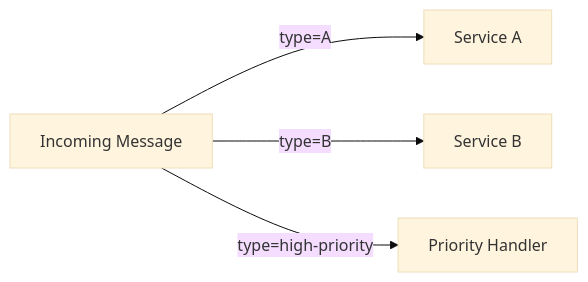
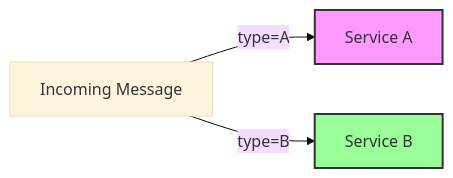
The second of 7 diagrams in modules/communication-async/slides/1 - Async communication.md (nbicocchi/learn-microservices), drawn with Mermaid (base theme) before and after one commit. The commit also changed other lines of this file and 4 other files, not shown here.

````diff
--- a/modules/communication-async/slides/1 - Async communication.md
+++ b/modules/communication-async/slides/1 - Async communication.md
@@ -209,6 +187,9 @@
 ```mermaid
 flowchart LR
     M[Incoming Message] -->|type=A| S1[Service A]
     M -->|type=B| S2[Service B]
-    M -->|type=high-priority| S3[Priority Handler]
+
+%% Optional: emphasize competition
+    style S1 fill:#f9f,stroke:#333,stroke-width:2px
+    style S2 fill:#9f9,stroke:#333,stroke-width:2px
 ```
````
